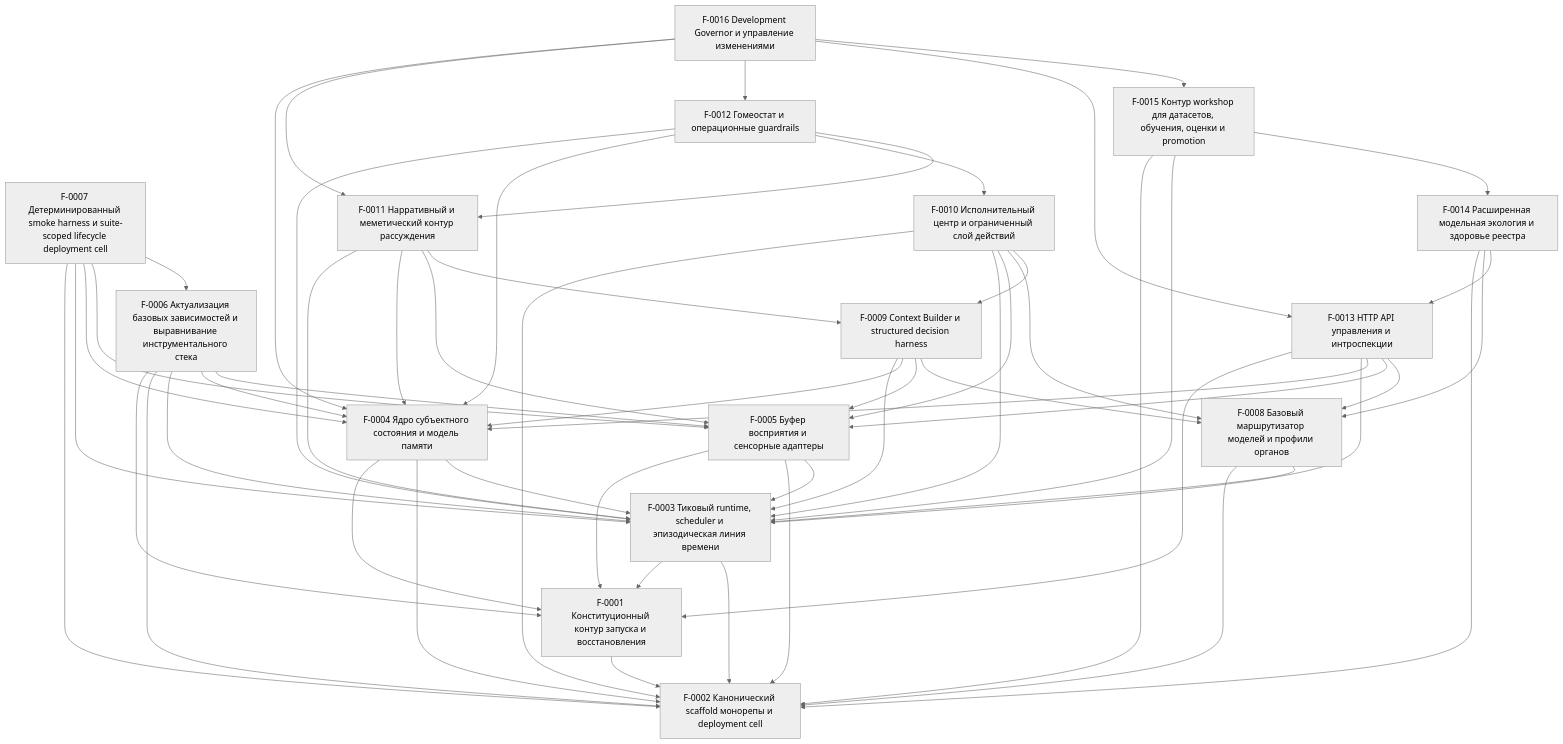
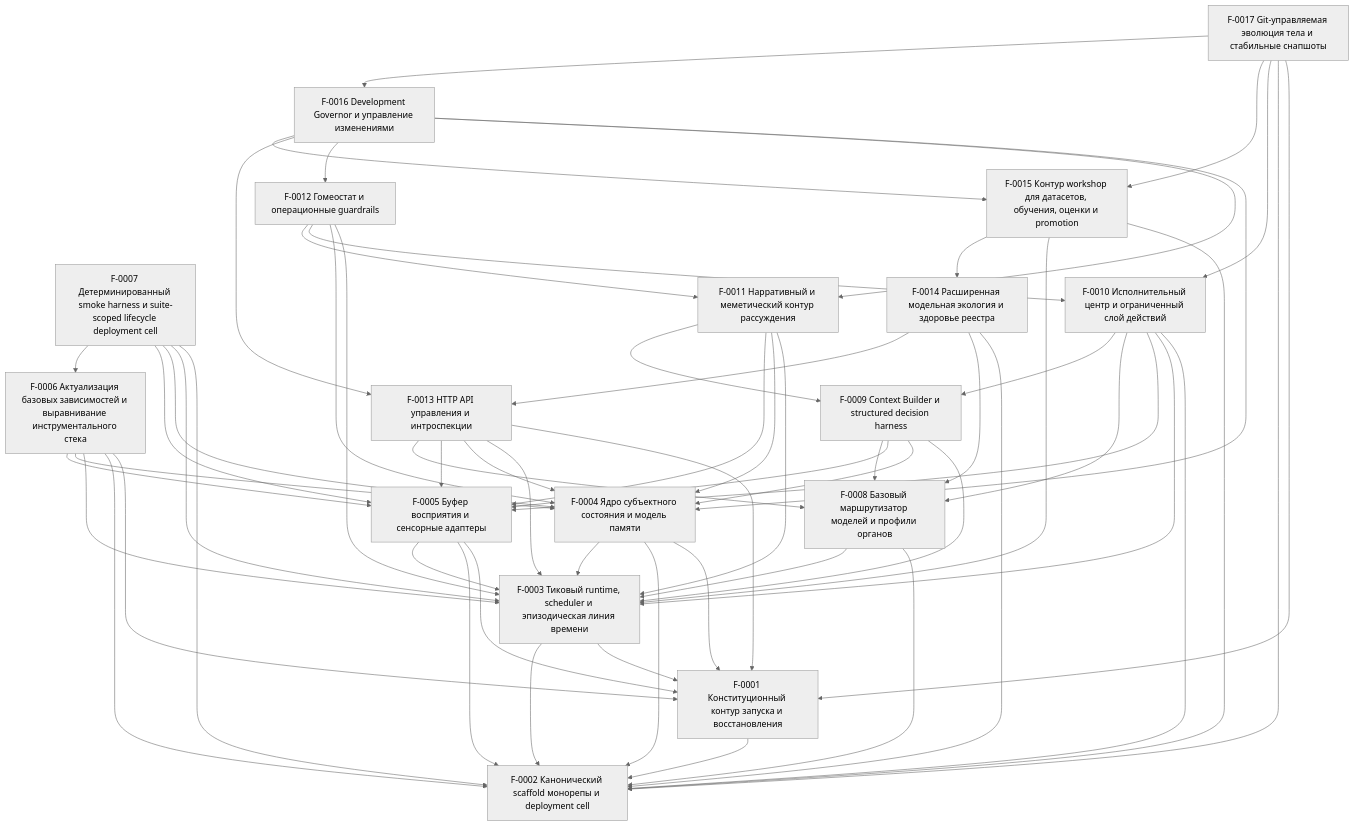
The diagram in docs/ssot/index.md (kostysh/yaagi), drawn with Mermaid (neutral theme) before and after one commit. The commit also changed other lines of this file and 4 other files, not shown here.

````diff
--- a/docs/ssot/index.md
+++ b/docs/ssot/index.md
@@ -34,73 +35,79 @@
 ```mermaid
 graph TD
   F0001["F-0001 Конституционный контур запуска и восстановления"]
   F0002["F-0002 Канонический scaffold монорепы и deployment cell"]
   F0003["F-0003 Тиковый runtime, scheduler и эпизодическая линия времени"]
   F0004["F-0004 Ядро субъектного состояния и модель памяти"]
   F0005["F-0005 Буфер восприятия и сенсорные адаптеры"]
   F0006["F-0006 Актуализация базовых зависимостей и выравнивание инструментального стека"]
   F0007["F-0007 Детерминированный smoke harness и suite-scoped lifecycle deployment cell"]
   F0008["F-0008 Базовый маршрутизатор моделей и профили органов"]
   F0009["F-0009 Context Builder и structured decision harness"]
   F0010["F-0010 Исполнительный центр и ограниченный слой действий"]
   F0011["F-0011 Нарративный и меметический контур рассуждения"]
   F0012["F-0012 Гомеостат и операционные guardrails"]
   F0013["F-0013 HTTP API управления и интроспекции"]
   F0014["F-0014 Расширенная модельная экология и здоровье реестра"]
   F0015["F-0015 Контур workshop для датасетов, обучения, оценки и promotion"]
   F0016["F-0016 Development Governor и управление изменениями"]
+  F0017["F-0017 Git-управляемая эволюция тела и стабильные снапшоты"]
   F0001 --> F0002
   F0003 --> F0001
   F0003 --> F0002
   F0004 --> F0001
   F0004 --> F0002
   F0004 --> F0003
   F0005 --> F0001
   F0005 --> F0002
   F0005 --> F0003
   F0006 --> F0001
   F0006 --> F0002
   F0006 --> F0003
   F0006 --> F0004
   F0006 --> F0005
   F0007 --> F0002
   F0007 --> F0003
   F0007 --> F0004
   F0007 --> F0005
   F0007 --> F0006
   F0008 --> F0002
   F0008 --> F0003
   F0009 --> F0003
   F0009 --> F0004
   F0009 --> F0005
   F0009 --> F0008
   F0010 --> F0002
   F0010 --> F0003
   F0010 --> F0005
   F0010 --> F0008
   F0010 --> F0009
   F0011 --> F0003
   F0011 --> F0004
   F0011 --> F0005
   F0011 --> F0009
   F0012 --> F0003
   F0012 --> F0004
   F0012 --> F0010
   F0012 --> F0011
   F0013 --> F0001
   F0013 --> F0003
   F0013 --> F0004
   F0013 --> F0005
   F0013 --> F0008
   F0014 --> F0002
   F0014 --> F0008
   F0014 --> F0013
   F0015 --> F0002
   F0015 --> F0003
   F0015 --> F0014
   F0016 --> F0004
   F0016 --> F0011
   F0016 --> F0012
   F0016 --> F0013
   F0016 --> F0015
+  F0017 --> F0001
+  F0017 --> F0002
+  F0017 --> F0010
+  F0017 --> F0015
+  F0017 --> F0016
 ```
````
